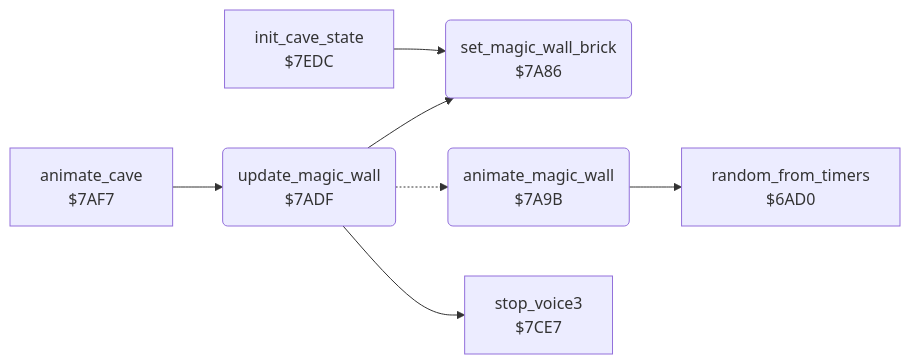
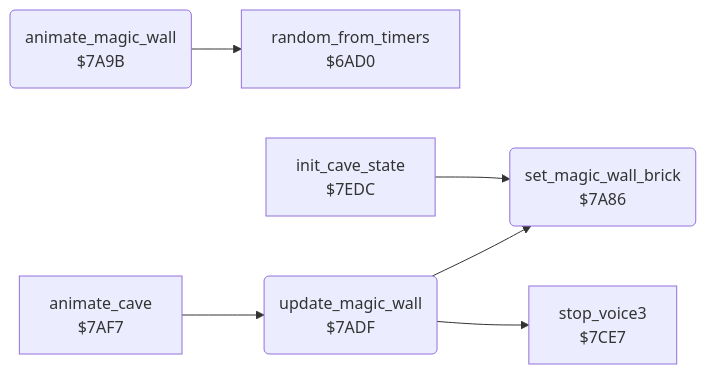
One commit to henols/c64_games changed the diagram in boulder_dash/v1/docs/reference/modules/engine/magic_wall.md. Above: the diagram before and after it, drawn with Mermaid. The commit also changed other lines of this file and 1100 other files, not shown here.

````diff
--- a/boulder_dash/v1/docs/reference/modules/engine/magic_wall.md
+++ b/boulder_dash/v1/docs/reference/modules/engine/magic_wall.md
@@ -10,16 +18,15 @@
 ```mermaid
 flowchart LR
   n6ad0["random_from_timers<br/>$6AD0"]
   n7a86("set_magic_wall_brick<br/>$7A86")
   n7a9b("animate_magic_wall<br/>$7A9B")
   n7adf("update_magic_wall<br/>$7ADF")
   n7af7["animate_cave<br/>$7AF7"]
   n7ce7["stop_voice3<br/>$7CE7"]
   n7edc["init_cave_state<br/>$7EDC"]
   n7a9b --> n6ad0
   n7adf --> n7a86
-  n7adf -.-> n7a9b
   n7adf --> n7ce7
   n7af7 --> n7adf
   n7edc --> n7a86
 ```
````
